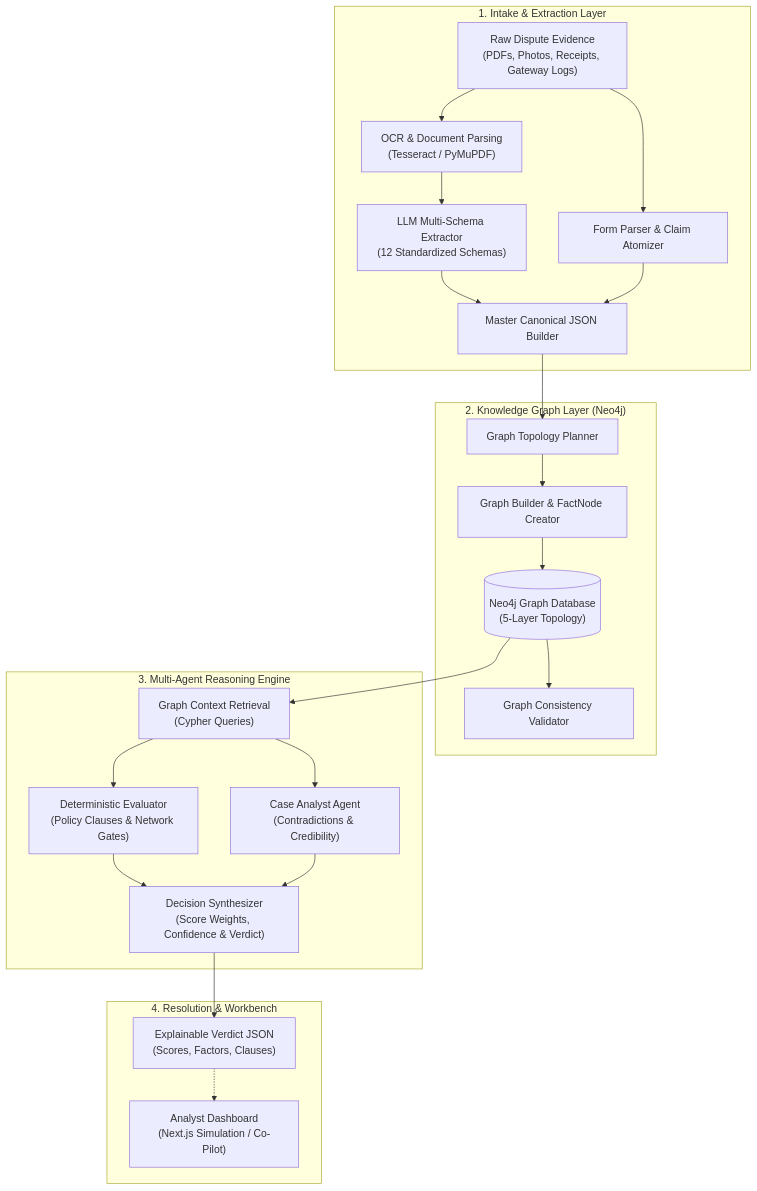
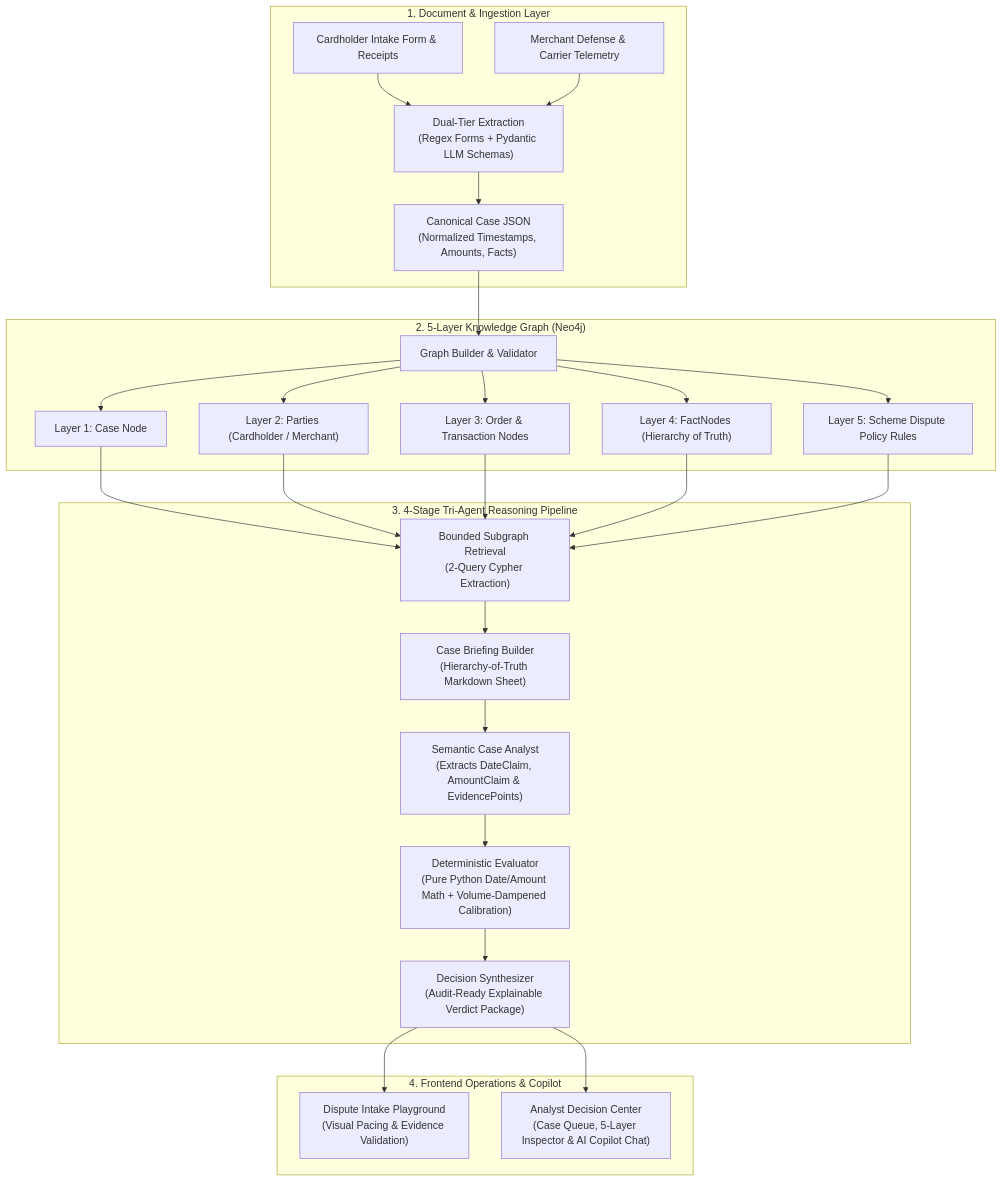
One commit to NikhilLLm/DisputeSolver changed the diagram in README.md. Above: the diagram before and after it, drawn with Mermaid. The commit also changed other lines of this file and 71 other files, not shown here.

Commit message:
feat: complete MVP with Analyst Dashboard, Knowledge Graph Copilot, volume-dampened calibrated scoring, and updated README

````diff
--- a/README.md
+++ b/README.md
@@ -54,42 +24,39 @@
 ```mermaid
 flowchart TD
-    subgraph INTAKE["1. Intake & Extraction Layer"]
-        DOCS["Raw Dispute Evidence\n(PDFs, Photos, Receipts, Gateway Logs)"]
-        OCR["OCR & Document Parsing\n(Tesseract / PyMuPDF)"]
-        LLM_EXT["LLM Multi-Schema Extractor\n(12 Standardized Schemas)"]
-        FORM_EXT["Form Parser & Claim Atomizer"]
-        CANON["Master Canonical JSON Builder"]
-        
-        DOCS --> OCR --> LLM_EXT --> CANON
-        DOCS --> FORM_EXT --> CANON
+    subgraph INTAKE["1. Document & Ingestion Layer"]
+        D1["Cardholder Intake Form & Receipts"] --> EXT["Dual-Tier Extraction
+(Regex Forms + Pydantic LLM Schemas)"]
+        D2["Merchant Defense & Carrier Telemetry"] --> EXT
+        EXT --> CANON["Canonical Case JSON
+(Normalized Timestamps, Amounts, Facts)"]
     end
 
-    subgraph GRAPH["2. Knowledge Graph Layer (Neo4j)"]
-        TOPOLOGY["Graph Topology Planner"]
-        BUILDER["Graph Builder & FactNode Creator"]
-        VALIDATOR["Graph Consistency Validator"]
-        NEO4J[("Neo4j Graph Database\n(5-Layer Topology)")]
-        
-        CANON --> TOPOLOGY --> BUILDER --> NEO4J
-        NEO4J --> VALIDATOR
+    subgraph GRAPH["2. 5-Layer Knowledge Graph (Neo4j)"]
+        CANON --> GB["Graph Builder & Validator"]
+        GB --> L1["Layer 1: Case Node"]
+        GB --> L2["Layer 2: Parties (Cardholder / Merchant)"]
+        GB --> L3["Layer 3: Order & Transaction Nodes"]
+        GB --> L4["Layer 4: FactNodes (Hierarchy of Truth)"]
+        GB --> L5["Layer 5: Scheme Dispute Policy Rules"]
     end
 
-    subgraph REASONING["3. Multi-Agent Reasoning Engine"]
-        RETRIEVAL["Graph Context Retrieval\n(Cypher Queries)"]
-        DET_EVAL["Deterministic Evaluator\n(Policy Clauses & Network Gates)"]
-        CASE_ANA["Case Analyst Agent\n(Contradictions & Credibility)"]
-        DEC_SYNTH["Decision Synthesizer\n(Score Weights, Confidence & Verdict)"]
-        
-        NEO4J --> RETRIEVAL
-        RETRIEVAL --> DET_EVAL --> DEC_SYNTH
-        RETRIEVAL --> CASE_ANA --> DEC_SYNTH
+    subgraph REASONING["3. 4-Stage Tri-Agent Reasoning Pipeline"]
+        L1 & L2 & L3 & L4 & L5 --> R1["Bounded Subgraph Retrieval
+(2-Query Cypher Extraction)"]
+        R1 --> R2["Case Briefing Builder
+(Hierarchy-of-Truth Markdown Sheet)"]
+        R2 --> R3["Semantic Case Analyst
+(Extracts DateClaim, AmountClaim & EvidencePoints)"]
+        R3 --> R4["Deterministic Evaluator
+(Pure Python Date/Amount Math + Volume-Dampened Calibration)"]
+        R4 --> R5["Decision Synthesizer
+(Audit-Ready Explainable Verdict Package)"]
     end
 
-    subgraph OUTPUT["4. Resolution & Workbench"]
-        VERDICT_JSON["Explainable Verdict JSON\n(Scores, Factors, Clauses)"]
-        FRONTEND["Analyst Dashboard\n(Next.js Simulation / Co-Pilot)"]
-        
-        DEC_SYNTH --> VERDICT_JSON
-        VERDICT_JSON -.-> FRONTEND
+    subgraph UI["4. Frontend Operations & Copilot"]
+        R5 --> UI1["Dispute Intake Playground
+(Visual Pacing & Evidence Validation)"]
+        R5 --> UI2["Analyst Decision Center
+(Case Queue, 5-Layer Inspector & AI Copilot Chat)"]
     end
 ```
````
